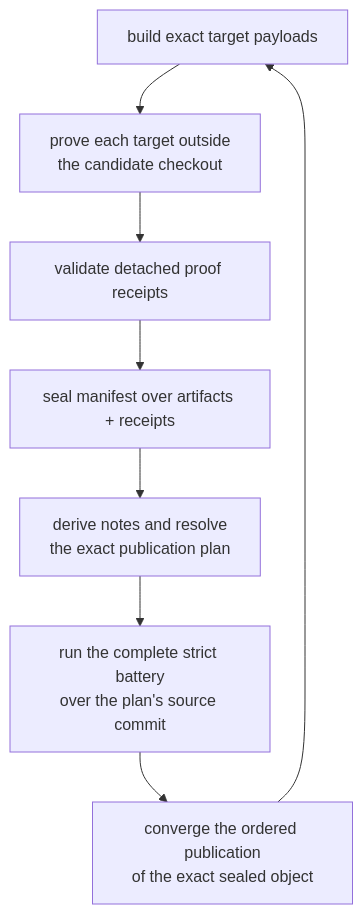
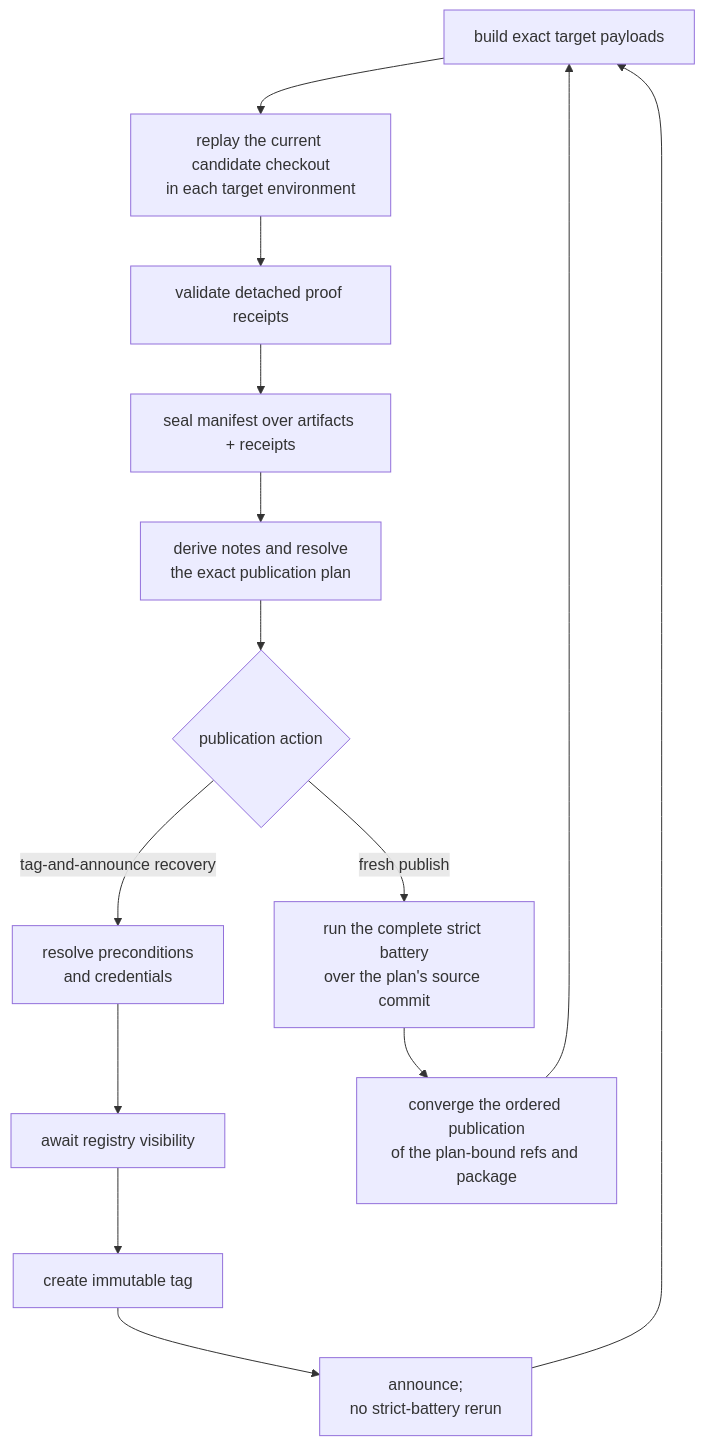
Before and after one commit to infimalabs/spice-rust: the fifth of 14 diagrams in docs/product/model/boundaries.md, drawn with Mermaid. The commit also changed other lines of this file and 120 other files, not shown here.

````diff
--- a/docs/product/model/boundaries.md
+++ b/docs/product/model/boundaries.md
@@ -68,10 +88,16 @@
 ```mermaid
 flowchart TD
-  B["build exact target payloads"] --> X["prove each target outside<br/>the candidate checkout"]
+  B["build exact target payloads"] --> X["replay the current candidate checkout<br/>in each target environment"]
   X --> R["validate detached proof receipts"]
   R --> S["seal manifest over artifacts + receipts"]
   S --> N["derive notes and resolve<br/>the exact publication plan"]
-  N --> G["run the complete strict battery<br/>over the plan's source commit"]
-  G --> PUB["converge the ordered publication<br/>of the exact sealed object"]
+  N --> A{"publication action"}
+  A -- "fresh publish" --> G["run the complete strict battery<br/>over the plan's source commit"]
+  A -- "tag-and-announce recovery" --> PRE["resolve preconditions<br/>and credentials"]
+  PRE --> VIS["await registry visibility"]
+  VIS --> TAG["create immutable tag"]
+  TAG --> ANN["announce;<br/>no strict-battery rerun"]
+  G --> PUB["converge the ordered publication<br/>of the plan-bound refs and package"]
   PUB --> B
+  ANN --> B
 ```
````
